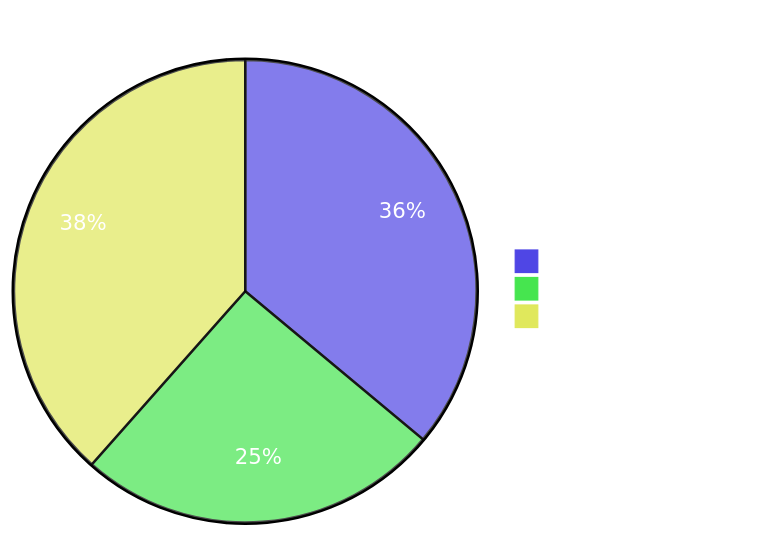
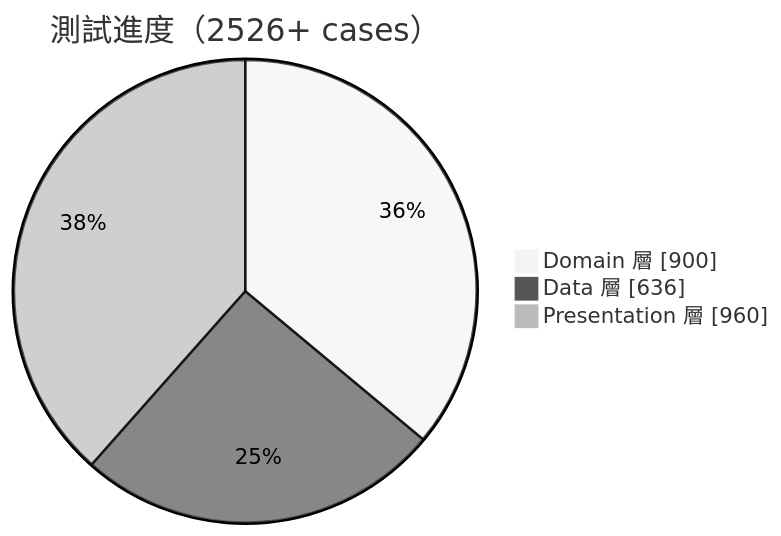
The first of 3 diagrams in docs/TEST_COVERAGE_PLAN.md (Neal75418/afterclose), drawn with Mermaid before and after one commit. The commit also changed other lines of this file and 6 other files, not shown here.

First line of the commit message:
docs: update documentation — test counts, dark-mode Mermaid, CHANGELOG entries, anchor fixes

````diff
--- a/docs/TEST_COVERAGE_PLAN.md
+++ b/docs/TEST_COVERAGE_PLAN.md
@@ -9,7 +9,7 @@
 ```mermaid
-%%{init: {'theme': 'base', 'themeVariables': {'primaryColor': '#4F46E5', 'primaryTextColor': '#fff', 'primaryBorderColor': '#3730A3', 'pieOuterStrokeWidth': '2px', 'fontSize': '14px'}}}%%
-pie showData title 測試進度（2496+ cases）
+%%{init: {'theme': 'neutral'}}%%
+pie showData title 測試進度（2526+ cases）
     "Domain 層" : 900
     "Data 層" : 636
     "Presentation 層" : 960
 ```
````
